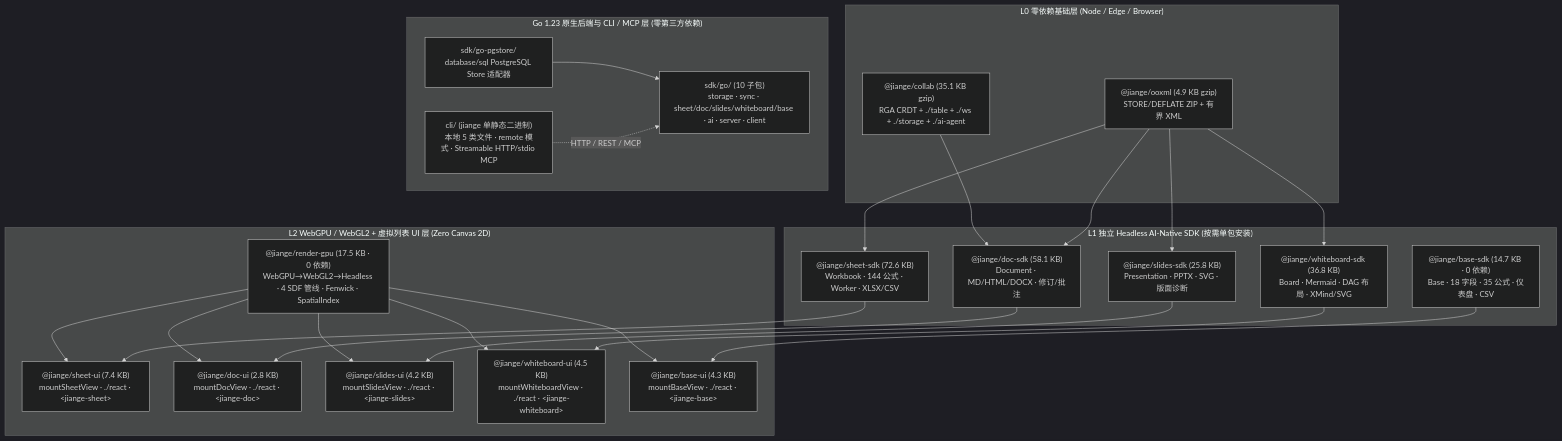
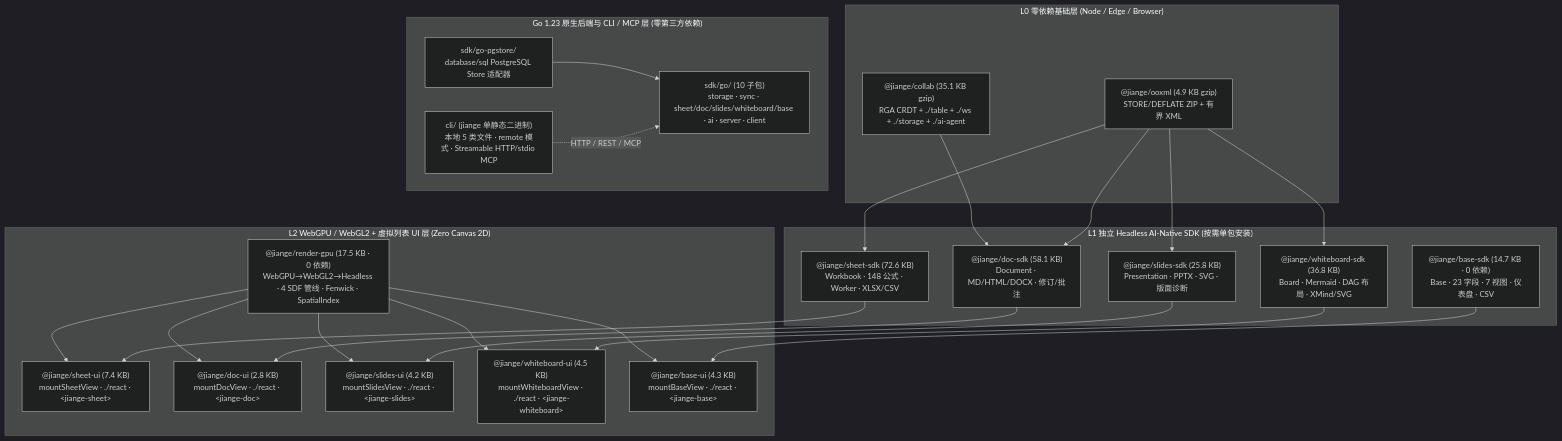
The diagram in sdk-docs/README.md (ZSeven-W/jiange), drawn with Mermaid (dark theme) before and after one commit. The commit also changed other lines of this file and 113 other files, not shown here.

````diff
--- a/sdk-docs/README.md
+++ b/sdk-docs/README.md
@@ -27,50 +27,50 @@
 ```mermaid
 flowchart TB
   subgraph L0["L0 零依赖基础层 (Node / Edge / Browser)"]
     OOXML["@jiange/ooxml (4.9 KB gzip)<br/>STORE/DEFLATE ZIP + 有界 XML"]
     COLLAB["@jiange/collab (35.1 KB gzip)<br/>RGA CRDT + ./table + ./ws + ./storage + ./ai-agent"]
   end
 
   subgraph L1["L1 独立 Headless AI-Native SDK (按需单包安装)"]
-    SHEET["@jiange/sheet-sdk (72.6 KB)<br/>Workbook · 144 公式 · Worker · XLSX/CSV"]
+    SHEET["@jiange/sheet-sdk (72.6 KB)<br/>Workbook · 148 公式 · Worker · XLSX/CSV"]
     DOC["@jiange/doc-sdk (58.1 KB)<br/>Document · MD/HTML/DOCX · 修订/批注"]
     SLIDES["@jiange/slides-sdk (25.8 KB)<br/>Presentation · PPTX · SVG · 版面诊断"]
     BOARD["@jiange/whiteboard-sdk (36.8 KB)<br/>Board · Mermaid · DAG 布局 · XMind/SVG"]
-    BASE["@jiange/base-sdk (14.7 KB · 0 依赖)<br/>Base · 18 字段 · 35 公式 · 仪表盘 · CSV"]
+    BASE["@jiange/base-sdk (14.7 KB · 0 依赖)<br/>Base · 23 字段 · 7 视图 · 仪表盘 · CSV"]
   end
 
   subgraph L2["L2 WebGPU / WebGL2 + 虚拟列表 UI 层 (Zero Canvas 2D)"]
     GPU["@jiange/render-gpu (17.5 KB · 0 依赖)<br/>WebGPU→WebGL2→Headless · 4 SDF 管线 · Fenwick · SpatialIndex"]
     SUI["@jiange/sheet-ui (7.4 KB)<br/>mountSheetView · ./react · &lt;jiange-sheet&gt;"]
     DUI["@jiange/doc-ui (2.8 KB)<br/>mountDocView · ./react · &lt;jiange-doc&gt;"]
     PUI["@jiange/slides-ui (4.2 KB)<br/>mountSlidesView · ./react · &lt;jiange-slides&gt;"]
     WUI["@jiange/whiteboard-ui (4.5 KB)<br/>mountWhiteboardView · ./react · &lt;jiange-whiteboard&gt;"]
     BUI["@jiange/base-ui (4.3 KB)<br/>mountBaseView · ./react · &lt;jiange-base&gt;"]
   end
 
   subgraph GO["Go 1.23 原生后端与 CLI / MCP 层 (零第三方依赖)"]
     GOSDK["sdk/go/ (10 子包)<br/>storage · sync · sheet/doc/slides/whiteboard/base · ai · server · client"]
     PGSTORE["sdk/go-pgstore/<br/>database/sql PostgreSQL Store 适配器"]
     CLI["cli/ (jiange 单静态二进制)<br/>本地 5 类文件 · remote 模式 · Streamable HTTP/stdio MCP"]
   end
 
   OOXML --> SHEET
   OOXML --> DOC
   COLLAB --> DOC
   OOXML --> SLIDES
   OOXML --> BOARD
 
   SHEET --> SUI
   GPU --> SUI
   DOC --> DUI
   GPU --> DUI
   SLIDES --> PUI
   GPU --> PUI
   BOARD --> WUI
   GPU --> WUI
   BASE --> BUI
   GPU --> BUI
 
   PGSTORE --> GOSDK
   CLI -. "HTTP / REST / MCP" .-> GOSDK
 ```
````
